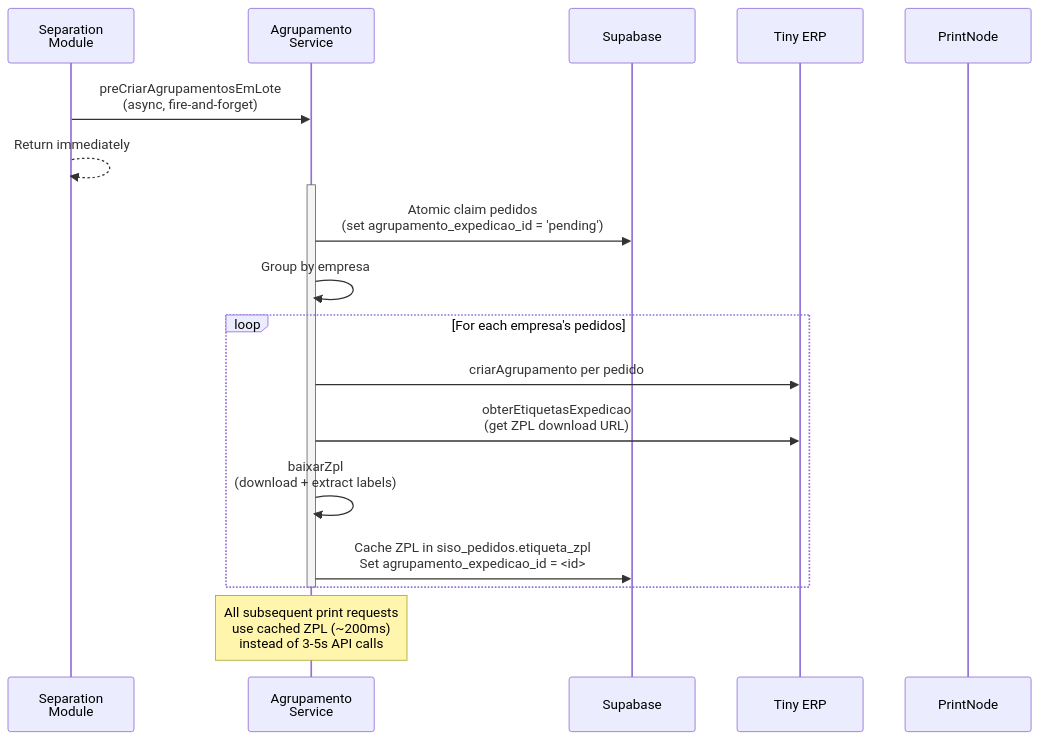
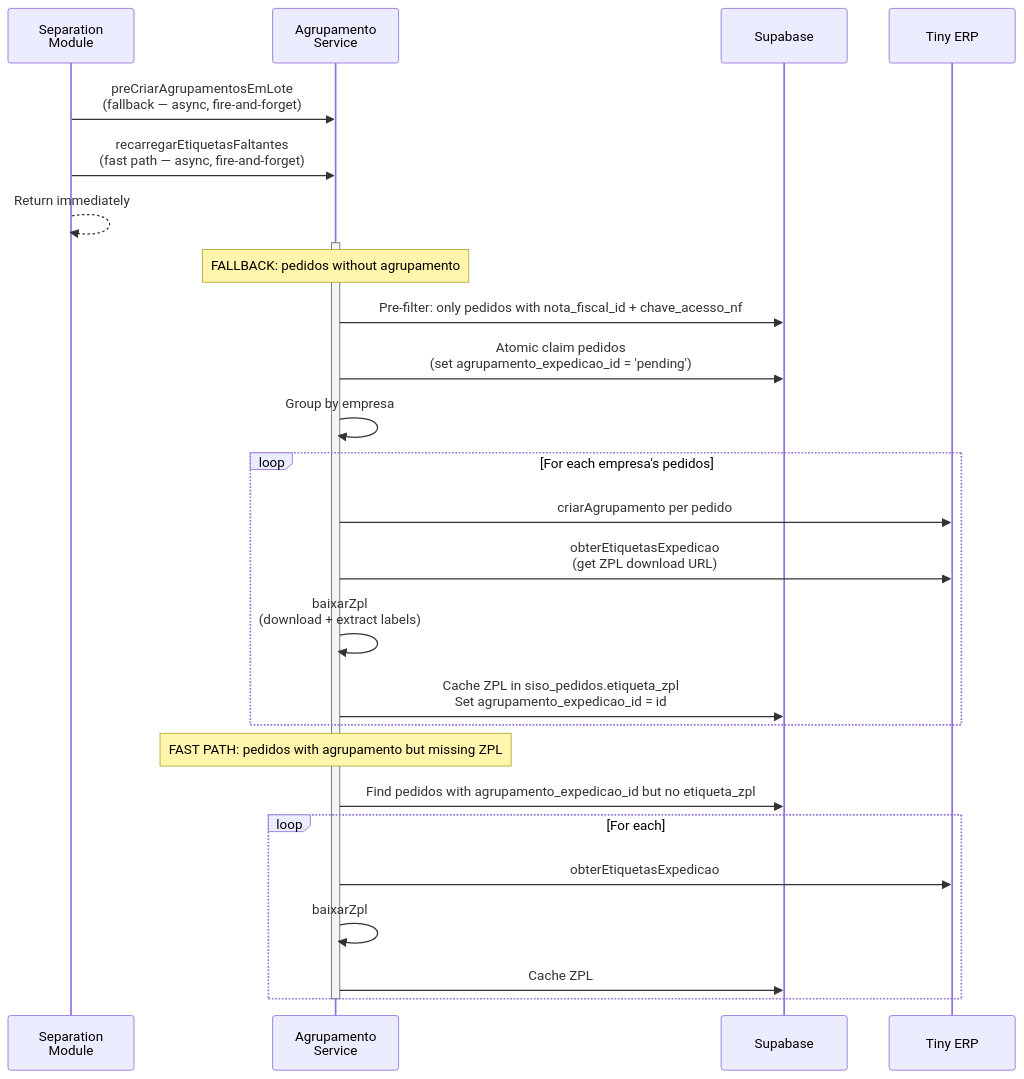
Before and after one commit to Eryk-dev/estoquelever: diagram 24 of 28 in docs/architecture-and-flows.md, drawn with Mermaid. The commit also changed other lines of this file and 4 other files, not shown here.

Commit message:
feat: [US-006] - Update docs and validation matrix for agrupamento-only scope

````diff
--- a/docs/architecture-and-flows.md
+++ b/docs/architecture-and-flows.md
@@ -1195,26 +1239,33 @@
 ```mermaid
 sequenceDiagram
     participant Sep as Separation<br/>Module
     participant Agrup as Agrupamento<br/>Service
     participant DB as Supabase
     participant Tiny as Tiny ERP
-    participant PrintNode as PrintNode
 
-    Sep->>Agrup: preCriarAgrupamentosEmLote<br/>(async, fire-and-forget)
+    Sep->>Agrup: preCriarAgrupamentosEmLote<br/>(fallback — async, fire-and-forget)
+    Sep->>Agrup: recarregarEtiquetasFaltantes<br/>(fast path — async, fire-and-forget)
     Sep-->>Sep: Return immediately
 
     activate Agrup
+    note over Agrup: FALLBACK: pedidos without agrupamento
+    Agrup->>DB: Pre-filter: only pedidos with nota_fiscal_id + chave_acesso_nf
     Agrup->>DB: Atomic claim pedidos<br/>(set agrupamento_expedicao_id = 'pending')
     Agrup->>Agrup: Group by empresa
 
     loop For each empresa's pedidos
         Agrup->>Tiny: criarAgrupamento per pedido
         Agrup->>Tiny: obterEtiquetasExpedicao<br/>(get ZPL download URL)
         Agrup->>Agrup: baixarZpl<br/>(download + extract labels)
+        Agrup->>DB: Cache ZPL in siso_pedidos.etiqueta_zpl<br/>Set agrupamento_expedicao_id = id
+    end
 
-        Agrup->>DB: Cache ZPL in siso_pedidos.etiqueta_zpl<br/>Set agrupamento_expedicao_id = <id>
+    note over Agrup: FAST PATH: pedidos with agrupamento but missing ZPL
+    Agrup->>DB: Find pedidos with agrupamento_expedicao_id but no etiqueta_zpl
+    loop For each
+        Agrup->>Tiny: obterEtiquetasExpedicao
+        Agrup->>Agrup: baixarZpl
+        Agrup->>DB: Cache ZPL
     end
     deactivate Agrup
-
-    note over Agrup: All subsequent print requests<br/>use cached ZPL (~200ms)<br/>instead of 3-5s API calls
 ```
````
